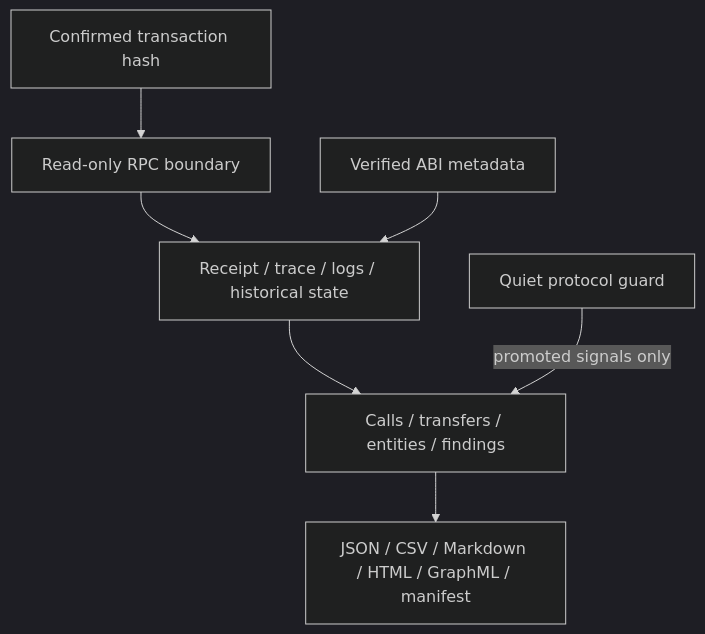
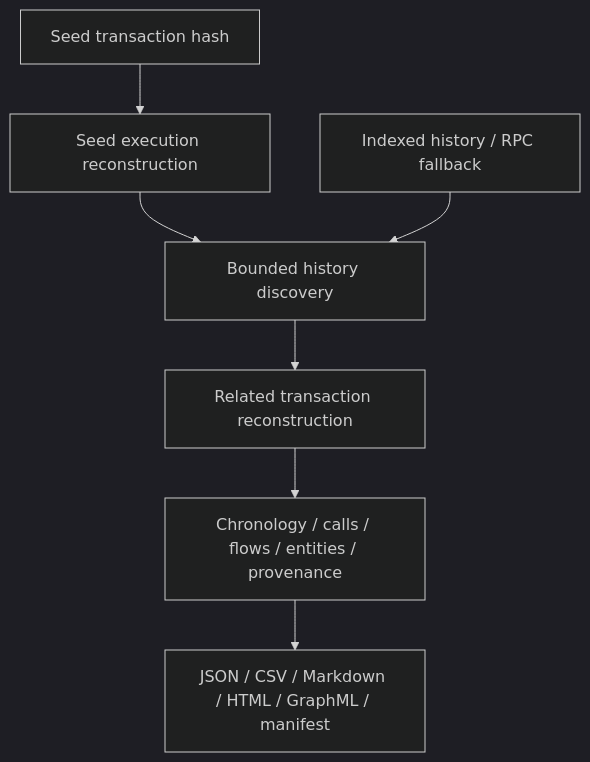
The diagram in README.md (VolodymyrStetsenko/White-Radar), drawn with Mermaid (dark theme) before and after one commit. The commit also changed other lines of this file and 25 other files, not shown here.

Commit message:
Build bounded incident reconstruction engine

````diff
--- a/README.md
+++ b/README.md
@@ -145,9 +163,9 @@
 ```mermaid
 flowchart TD
-    Input["Confirmed transaction hash"] --> RPC["Read-only RPC boundary"]
-    RPC --> Reconstruct["Receipt / trace / logs / historical state"]
-    Explorer["Verified ABI metadata"] --> Reconstruct
-    Reconstruct --> Case["Calls / transfers / entities / findings"]
+    Input["Seed transaction hash"] --> Seed["Seed execution reconstruction"]
+    Seed --> Discover["Bounded history discovery"]
+    Index["Indexed history / RPC fallback"] --> Discover
+    Discover --> Related["Related transaction reconstruction"]
+    Related --> Case["Chronology / calls / flows / entities / provenance"]
     Case --> Bundle["JSON / CSV / Markdown / HTML / GraphML / manifest"]
-    Guard["Quiet protocol guard"] -->|"promoted signals only"| Case
 ```
````
